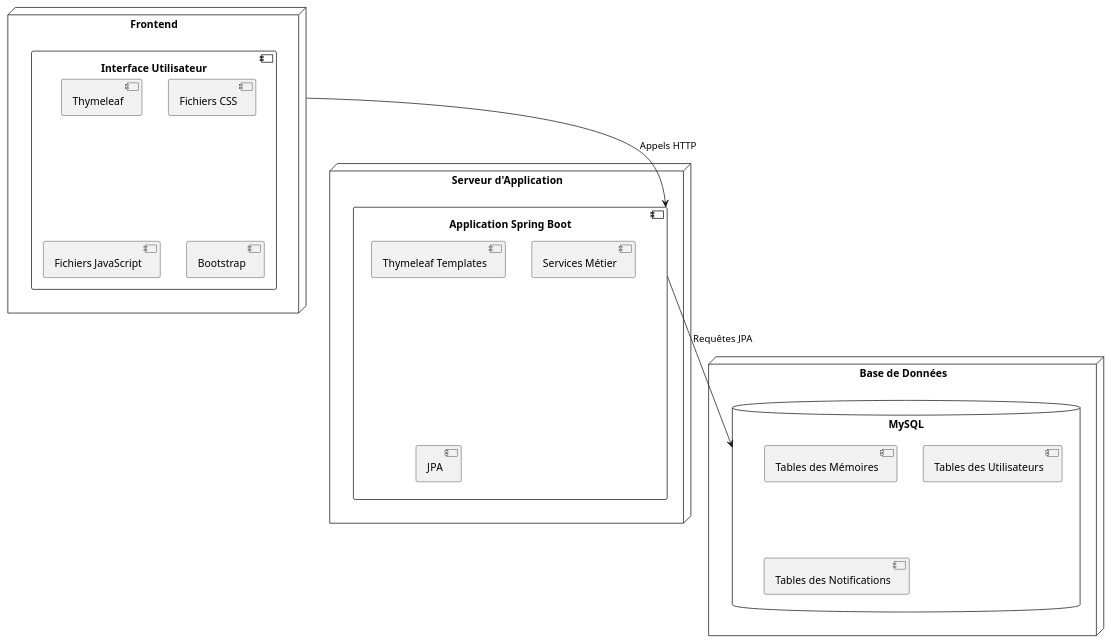
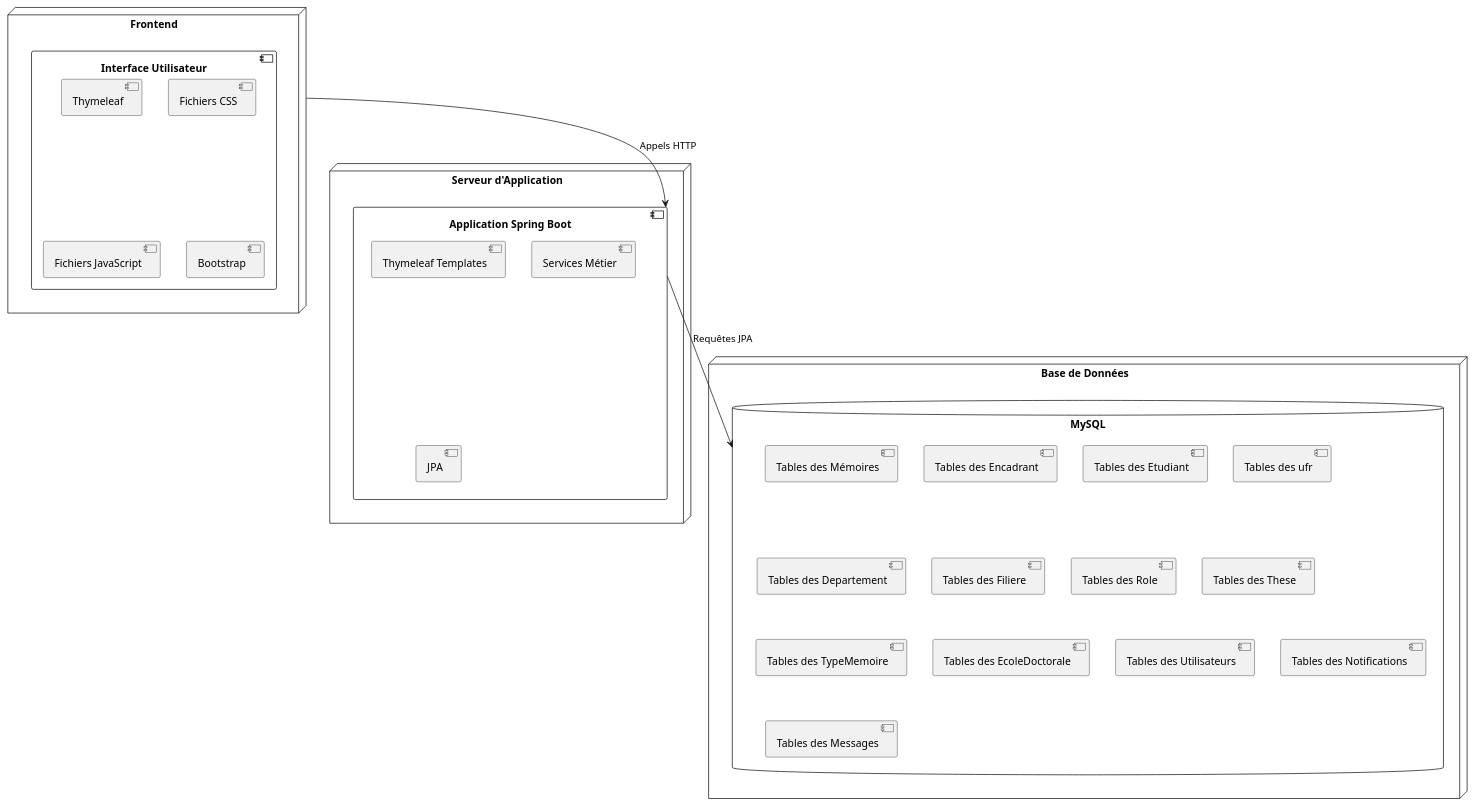
One commit to Aisstou03/memos changed the diagram in Gestion_Memoire_These/src/diagrammes/diagrammes_Deploiement.puml. Above: the diagram before and after it, drawn with PlantUML. The commit also changed 21 other files, not shown here.

Commit message:
diagrammes

```diff
--- a/Gestion_Memoire_These/src/diagrammes/diagrammes_Deploiement.puml
+++ b/Gestion_Memoire_These/src/diagrammes/diagrammes_Deploiement.puml
@@ -1,29 +1,39 @@
 @startuml
 node "Serveur d'Application" {
     component "Application Spring Boot" {
         [Thymeleaf Templates]
         [Services Métier]
         [JPA]
     }
 }
 
 node "Base de Données" {
     database "MySQL" {
         [Tables des Mémoires]
+        [Tables des Encadrant]
+        [Tables des Etudiant]
+        [Tables des ufr]
+        [Tables des Departement]
+        [Tables des Filiere]
+        [Tables des Role]
+        [Tables des These]
+        [Tables des TypeMemoire]
+        [Tables des EcoleDoctorale]
         [Tables des Utilisateurs]
         [Tables des Notifications]
+        [Tables des Messages]
     }
 }
 
 node "Frontend" {
     component "Interface Utilisateur" {
         [Thymeleaf]
         [Fichiers CSS]
         [Fichiers JavaScript]
         [Bootstrap]
     }
 }
 
 [Frontend] --> [Application Spring Boot] : "Appels HTTP"
 [Application Spring Boot] --> [MySQL] : "Requêtes JPA"
 @enduml
```
